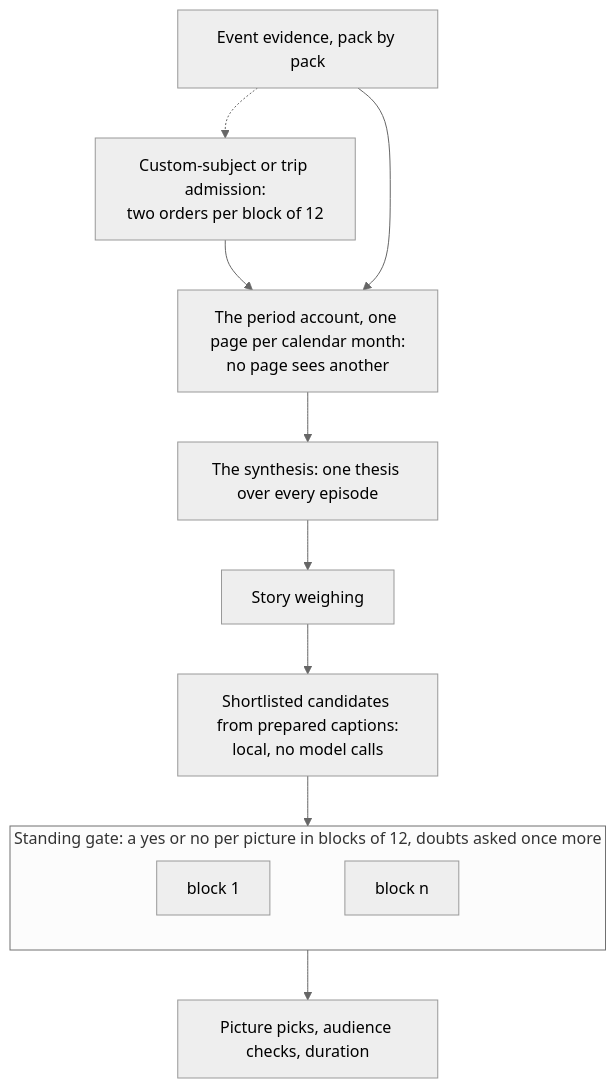
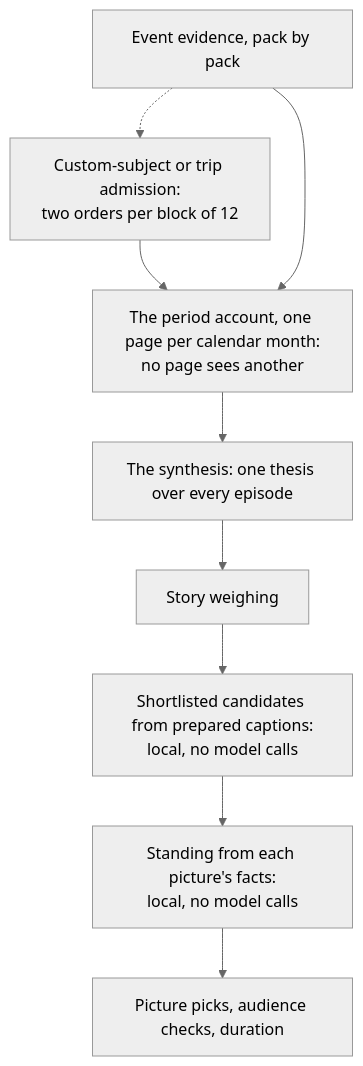
The second of 2 diagrams in docs-site/docs/create/pipeline.md (sam-dumont/immich-video-memory-generator), drawn with Mermaid (neutral theme) before and after one commit. The commit also changed other lines of this file and 44 other files, not shown here.

First line of the commit message:
feat(editorial): standing is read from the facts on every tier, no model asked (#1293)

````diff
--- a/docs-site/docs/create/pipeline.md
+++ b/docs-site/docs/create/pipeline.md
@@ -776,17 +774,12 @@
 ```mermaid
 flowchart TB
     packs["Event evidence, pack by pack"]
     packs -.-> admission["Custom-subject or trip admission:<br/>two orders per block of 12"]
     admission --> pages
     packs --> pages["The period account, one page per calendar month:<br/>no page sees another"]
     pages --> synthesis["The synthesis: one thesis over every episode"]
     synthesis --> weigh["Story weighing"]
     weigh --> candidates["Shortlisted candidates from prepared captions:<br/>local, no model calls"]
-    candidates --> standing
-    subgraph standing["Standing gate: a yes or no per picture in blocks of 12, doubts asked once more"]
-        direction LR
-        s1["block 1"] ~~~ sn["block n"]
-    end
-
+    candidates --> standing["Standing from each picture's facts:<br/>local, no model calls"]
     standing --> picks["Picture picks, audience checks, duration"]
 ```
````
